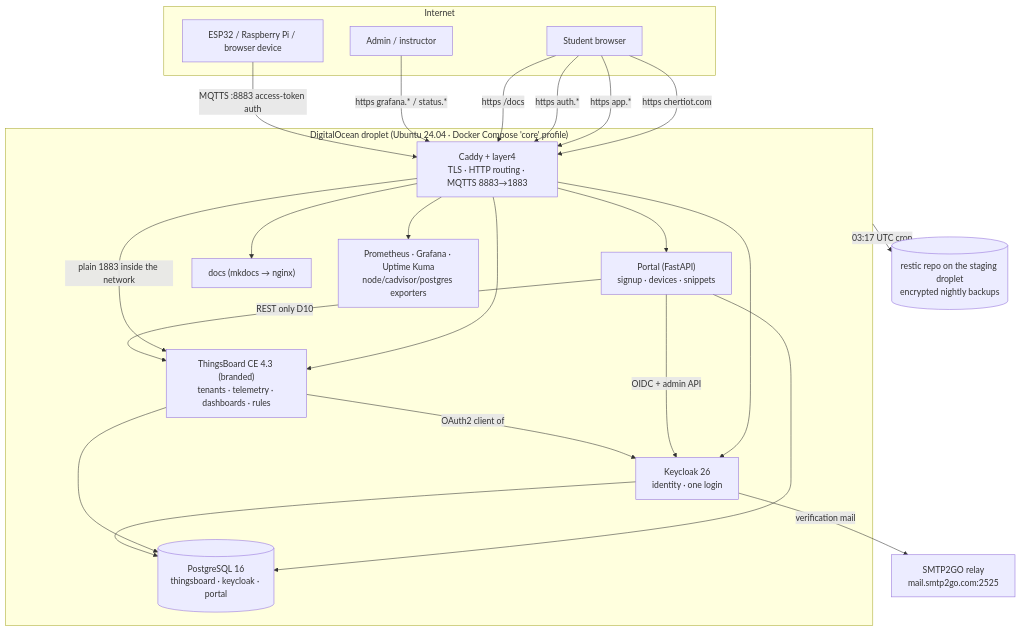
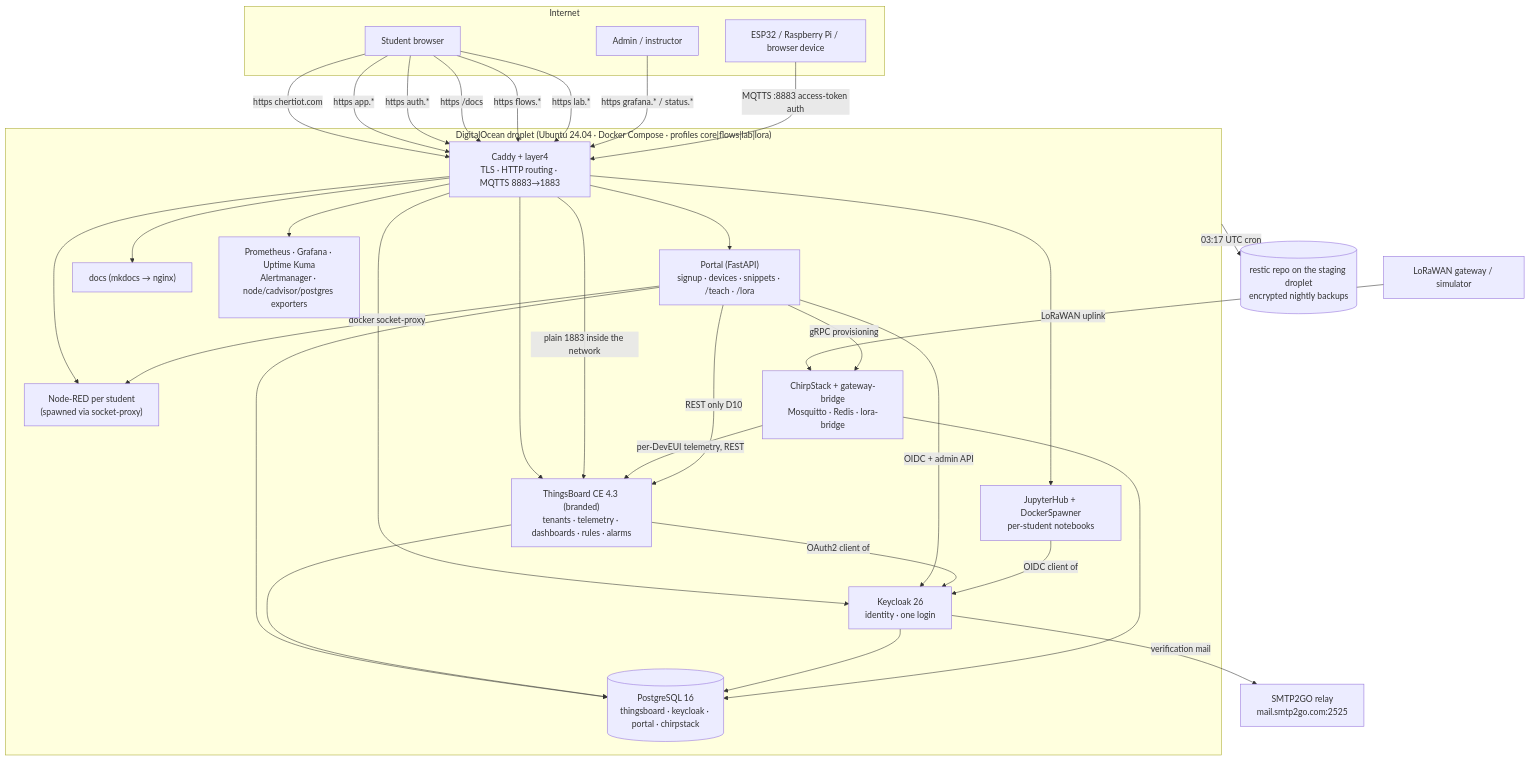
One commit to chertsa/chertiot changed the first of 2 diagrams in docs/architecture.md. Above: the diagram before and after it, drawn with Mermaid. The commit also changed other lines of this file, not shown here.

Commit message:
docs(architecture): update to v1.6.0 — Phase 3/4 engines (Node-RED, JupyterHub, ChirpStack stack), flows/lab/lora routing, 4 Postgres DBs, correct Uptime Kuma pin (1.23.17), /teach live, drop frozen TB-upgrade guidance; fix corrupted mermaid node

````diff
--- a/docs/architecture.md
+++ b/docs/architecture.md
@@ -11,34 +11,44 @@
 ```mermaid
 flowchart TB
     subgraph Internet
         ST[Student browser]
         DEV[ESP32 / Raspberry Pi / browser device]
         ADM[Admin / instructor]
     end
 
-    subgraph Droplet["DigitalOcean droplet (Ubuntu 24.04 · Docker Compose 'core' profile)"]
+    subgraph Droplet["DigitalOcean droplet (Ubuntu 24.04 · Docker Compose · profiles core|flows|lab|lora)"]
         CADDY["Caddy + layer4<br/>TLS · HTTP routing · MQTTS 8883→1883"]
-        PORTAL["Portal (FastAPI)<br/>signup · devices · snippets"]
+        PORTAL["Portal (FastAPI)<br/>signup · devices · snippets · /teach · /lora"]
         KC["Keycloak 26<br/>identity · one login"]
-        TB["ThingsBoard CE 4.3 (branded)<br/>tenants · telemetry · dashboards · rules"]
-        PG[("PostgreSQL 16<br/>thingsboard · keycloak · portal")]
+        TB["ThingsBoard CE 4.3 (branded)<br/>tenants · telemetry · dashboards · rules · alarms"]
+        PG[("PostgreSQL 16<br/>thingsboard · keycloak · portal · chirpstack")]
         DOCS["docs (mkdocs → nginx)"]
-        MON["Prometheus · Grafana · Uptime Kuma<br/>node/cadvisor/postgres exporters"]
+        MON["Prometheus · Grafana · Uptime Kuma<br/>Alertmanager · node/cadvisor/postgres exporters"]
+        NR["Node-RED per student<br/>(spawned via socket-proxy)"]
+        JH["JupyterHub + DockerSpawner<br/>per-student notebooks"]
+        CS["ChirpStack + gateway-bridge<br/>Mosquitto · Redis · lora-bridge"]
     end
 
     EXT["SMTP2GO relay<br/>mail.smtp2go.com:2525"]
     BK[("restic repo on the staging droplet<br/>encrypted nightly backups")]
+    GW["LoRaWAN gateway / simulator"]
 
     ST -->|https chertiot.com| CADDY --> PORTAL
     ST -->|https app.*| CADDY --> TB
     ST -->|https auth.*| CADDY --> KC
     ST -->|https /docs| CADDY --> DOCS
+    ST -->|https flows.*| CADDY --> NR
+    ST -->|https lab.*| CADDY --> JH
     ADM -->|https grafana.* / status.*| CADDY --> MON
     DEV -->|MQTTS :8883 access-token auth| CADDY -->|plain 1883 inside the network| TB
+    GW -->|LoRaWAN uplink| CS -->|per-DevEUI telemetry, REST| TB
     PORTAL -->|REST only D10| TB
     PORTAL -->|OIDC + admin API| KC
+    PORTAL -->|gRPC provisioning| CS
+    PORTAL -->|docker socket-proxy| NR
     TB -->|OAuth2 client of| KC
-    PORTAL & TB & KC --> PG
+    JH -->|OIDC client of| KC
+    PORTAL & TB & KC & CS --> PG
     KC -->|verification mail| EXT
     Droplet -->|03:17 UTC cron| BK
 ```
````
